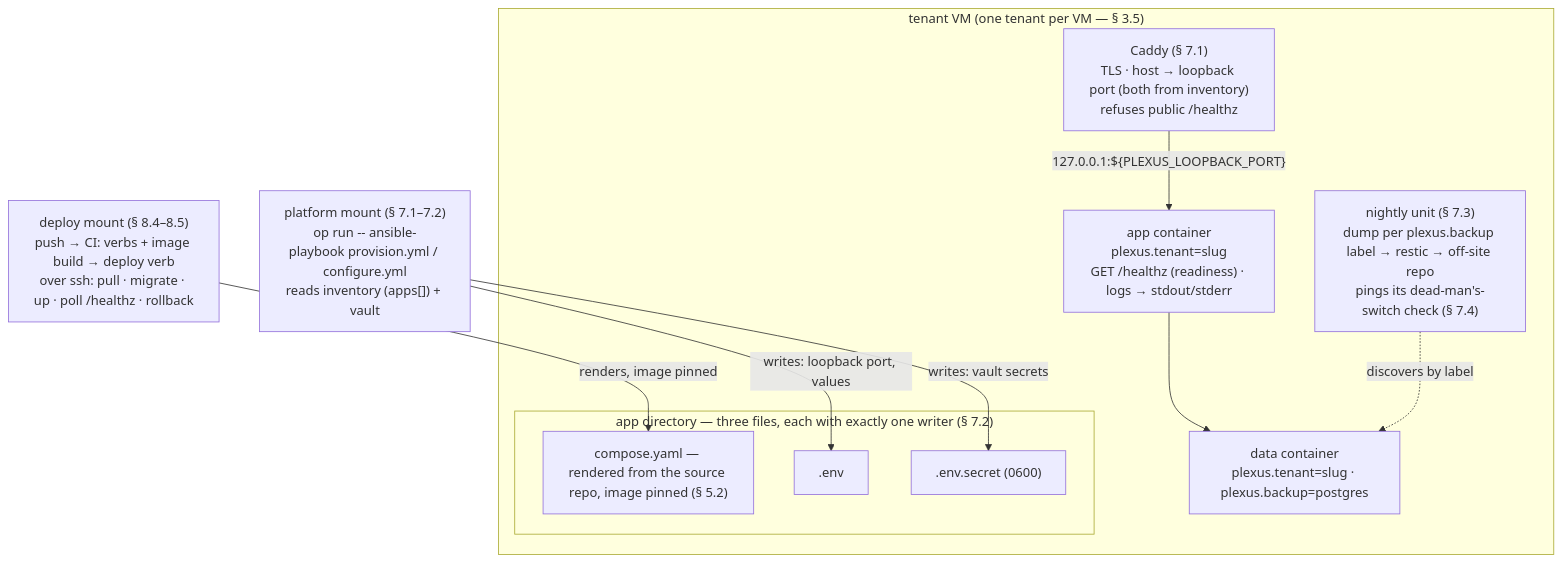
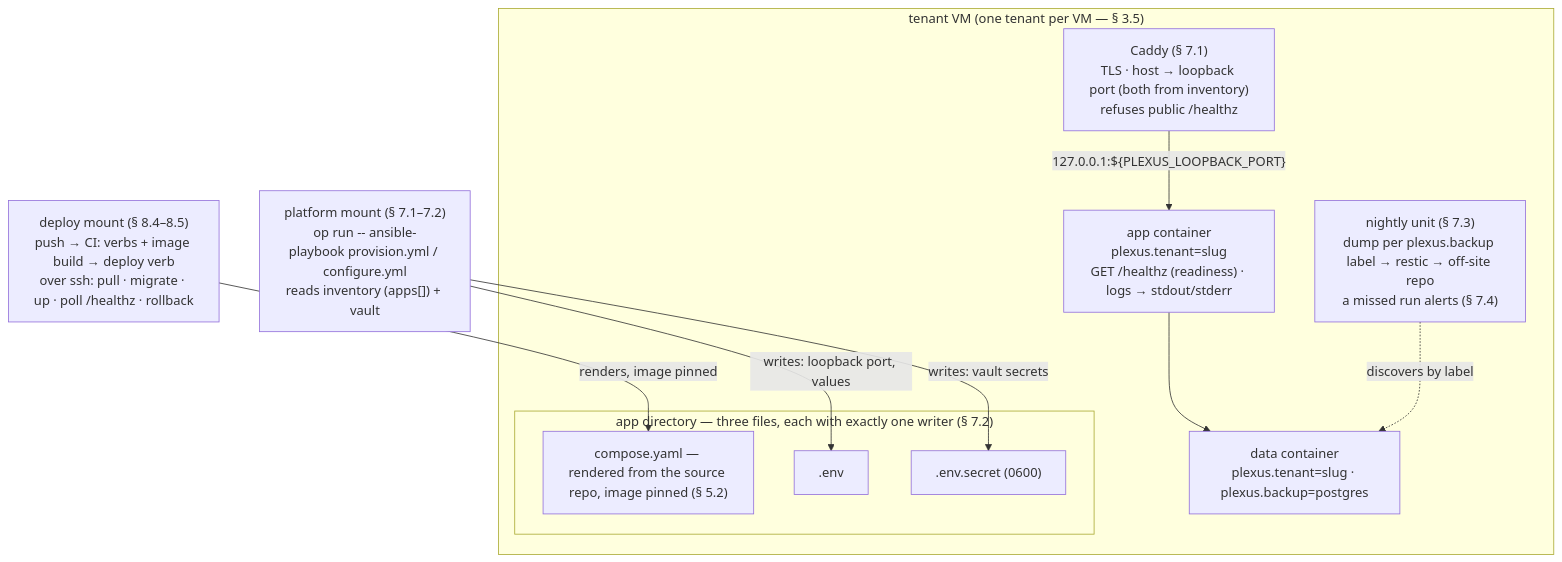
One commit to plexus-ms/compendium changed the second of 2 diagrams in plexus/standard.md. Above: the diagram before and after it, drawn with Mermaid. The commit also changed other lines of this file and 2 other files, not shown here.

First line of the commit message:
standard: § 7.4 requires an alert for a missed scheduled job, mechanism open

````diff
--- a/plexus/standard.md
+++ b/plexus/standard.md
@@ -461,22 +461,22 @@
 ```mermaid
 flowchart TB
   provisioning["platform mount (§ 7.1–7.2)<br>op run -- ansible-playbook provision.yml / configure.yml<br>reads inventory (apps[]) + vault"]
   deploy["deploy mount (§ 8.4–8.5)<br>push → CI: verbs + image build → deploy verb<br>over ssh: pull · migrate · up · poll /healthz · rollback"]
   subgraph vm["tenant VM (one tenant per VM — § 3.5)"]
     caddy["Caddy (§ 7.1)<br>TLS · host → loopback port (both from inventory)<br>refuses public /healthz"]
     subgraph appdir["app directory — three files, each with exactly one writer (§ 7.2)"]
       compose["compose.yaml — rendered from the source repo, image pinned (§ 5.2)"]
       dotenv[".env"]
       secretsenv[".env.secret (0600)"]
     end
     app["app container<br>plexus.tenant=slug<br>GET /healthz (readiness) · logs → stdout/stderr"]
     data["data container<br>plexus.tenant=slug · plexus.backup=postgres"]
-    backup["nightly unit (§ 7.3)<br>dump per plexus.backup label → restic → off-site repo<br>pings its dead-man's-switch check (§ 7.4)"]
+    backup["nightly unit (§ 7.3)<br>dump per plexus.backup label → restic → off-site repo<br>a missed run alerts (§ 7.4)"]
   end
   provisioning -- "writes: loopback port, values" --> dotenv
   provisioning -- "writes: vault secrets" --> secretsenv
   deploy -- "renders, image pinned" --> compose
   caddy -- "127.0.0.1:${PLEXUS_LOOPBACK_PORT}" --> app
   app --> data
   backup -. "discovers by label" .-> data
 ```
````
